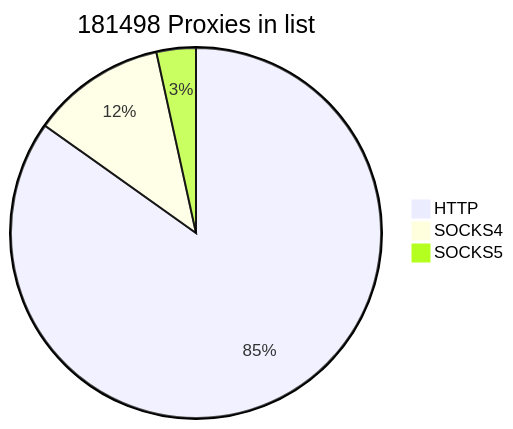
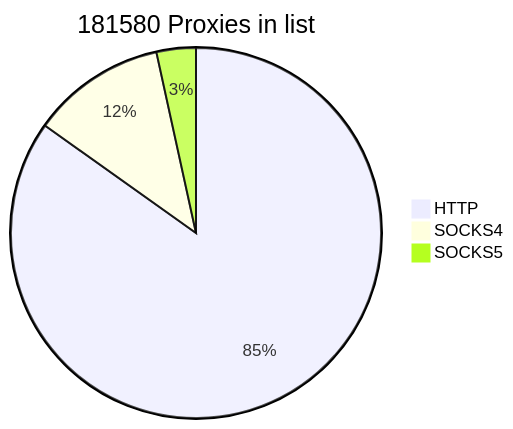
One commit to cutipu/proxylist changed the first of 2 diagrams in README.md. Above: the diagram before and after it, drawn with Mermaid. The commit also changed other lines of this file, not shown here.

````diff
--- a/README.md
+++ b/README.md
@@ -2,7 +2,7 @@
 ```mermaid
-pie title 181498 Proxies in list
-    "HTTP" : 153973
-    "SOCKS4" : 21285
-    "SOCKS5" : 6240
+pie title 181580 Proxies in list
+    "HTTP" : 154058
+    "SOCKS4" : 21287
+    "SOCKS5" : 6235
             
 ```
````
